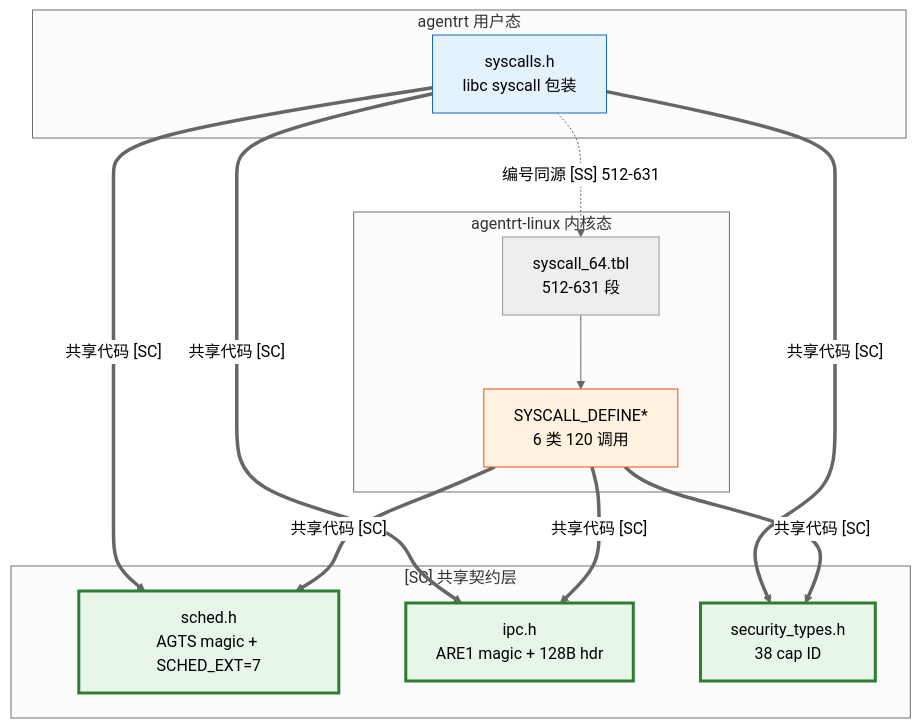
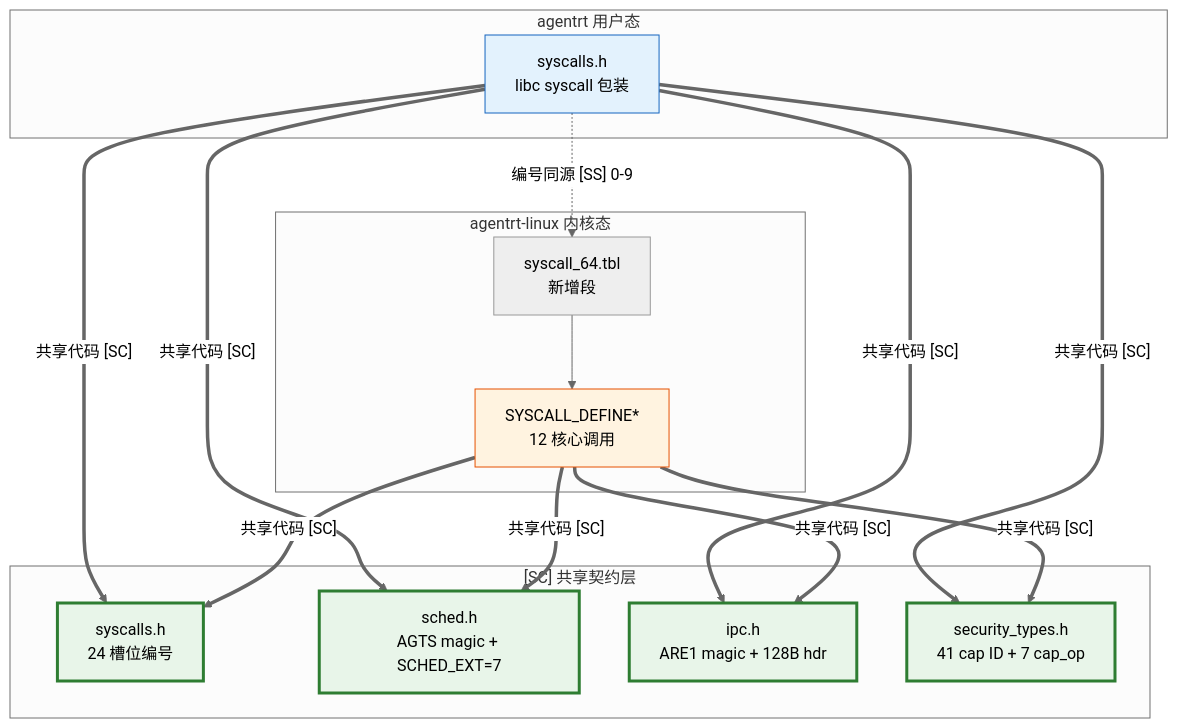
The diagram in 30-interfaces/01-syscalls.md (openairymax/docs-linux), drawn with Mermaid (neutral theme) before and after one commit. The commit also changed other lines of this file and 132 other files, not shown here.

````diff
--- a/30-interfaces/01-syscalls.md
+++ b/30-interfaces/01-syscalls.md
@@ -409,32 +492,36 @@
 ```mermaid
 graph TB
     subgraph "agentrt 用户态"
         RT_USR[syscalls.h<br/>libc syscall 包装]
     end
 
     subgraph "agentrt-linux 内核态"
-        OS_TBL[syscall_64.tbl<br/>512-631 段]
-        OS_DEF[SYSCALL_DEFINE*<br/>6 类 120 调用]
+        OS_TBL[syscall_64.tbl<br/>新增段]
+        OS_DEF[SYSCALL_DEFINE*<br/>12 核心调用]
     end
 
     subgraph "[SC] 共享契约层"
+        SC0[syscalls.h<br/>24 槽位编号]
         SC1[sched.h<br/>AGTS magic + SCHED_EXT=7]
         SC2[ipc.h<br/>ARE1 magic + 128B hdr]
-        SC3[security_types.h<br/>38 cap ID]
+        SC3[security_types.h<br/>41 cap ID + 7 cap_op]
     end
 
-    RT_USR -.->|"编号同源 [SS] 512-631"| OS_TBL
+    RT_USR -.->|"编号同源 [SS] 0-9"| OS_TBL
     OS_TBL --> OS_DEF
+    RT_USR ==>|"共享代码 [SC]"| SC0
     RT_USR ==>|"共享代码 [SC]"| SC1
     RT_USR ==>|"共享代码 [SC]"| SC2
     RT_USR ==>|"共享代码 [SC]"| SC3
+    OS_DEF ==>|"共享代码 [SC]"| SC0
     OS_DEF ==>|"共享代码 [SC]"| SC1
     OS_DEF ==>|"共享代码 [SC]"| SC2
     OS_DEF ==>|"共享代码 [SC]"| SC3
 
+    style SC0 fill:#e8f5e9,stroke:#2e7d32,stroke-width:3px
     style SC1 fill:#e8f5e9,stroke:#2e7d32,stroke-width:3px
     style SC2 fill:#e8f5e9,stroke:#2e7d32,stroke-width:3px
     style SC3 fill:#e8f5e9,stroke:#2e7d32,stroke-width:3px
     style RT_USR fill:#e3f2fd,stroke:#1565c0
     style OS_DEF fill:#fff3e0,stroke:#e65100
 ```
````
